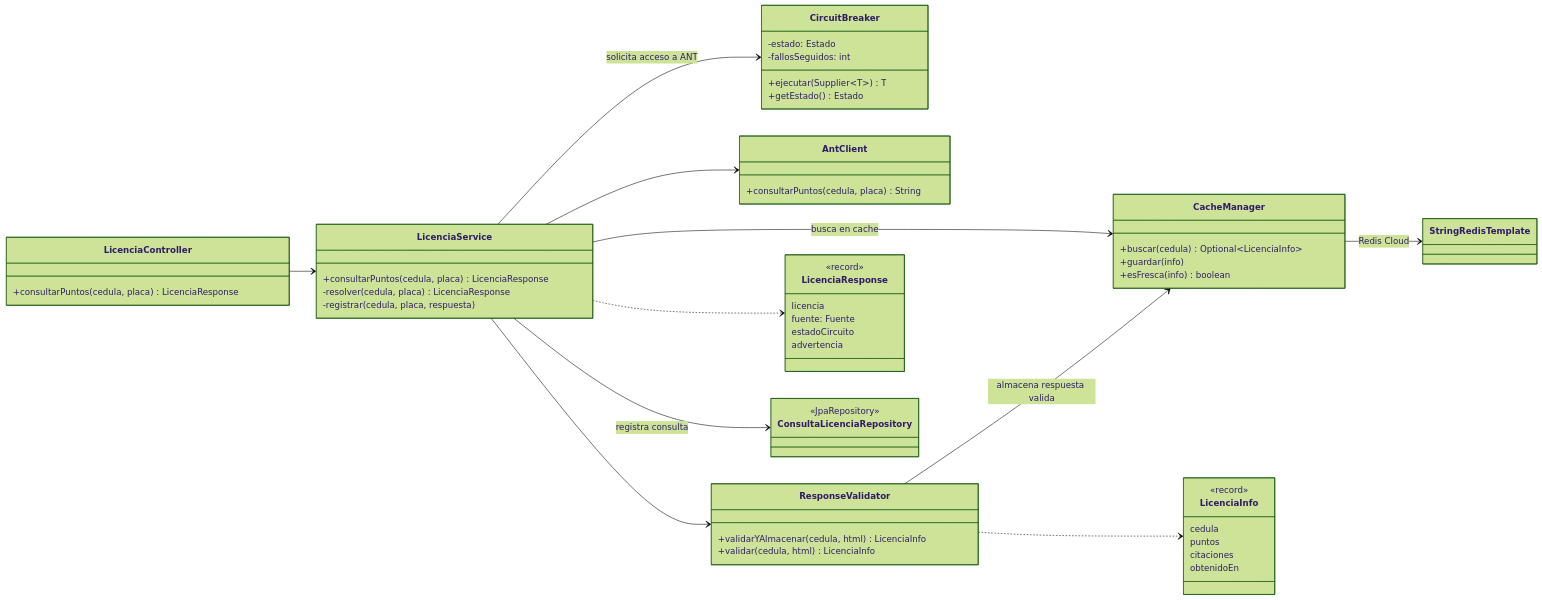
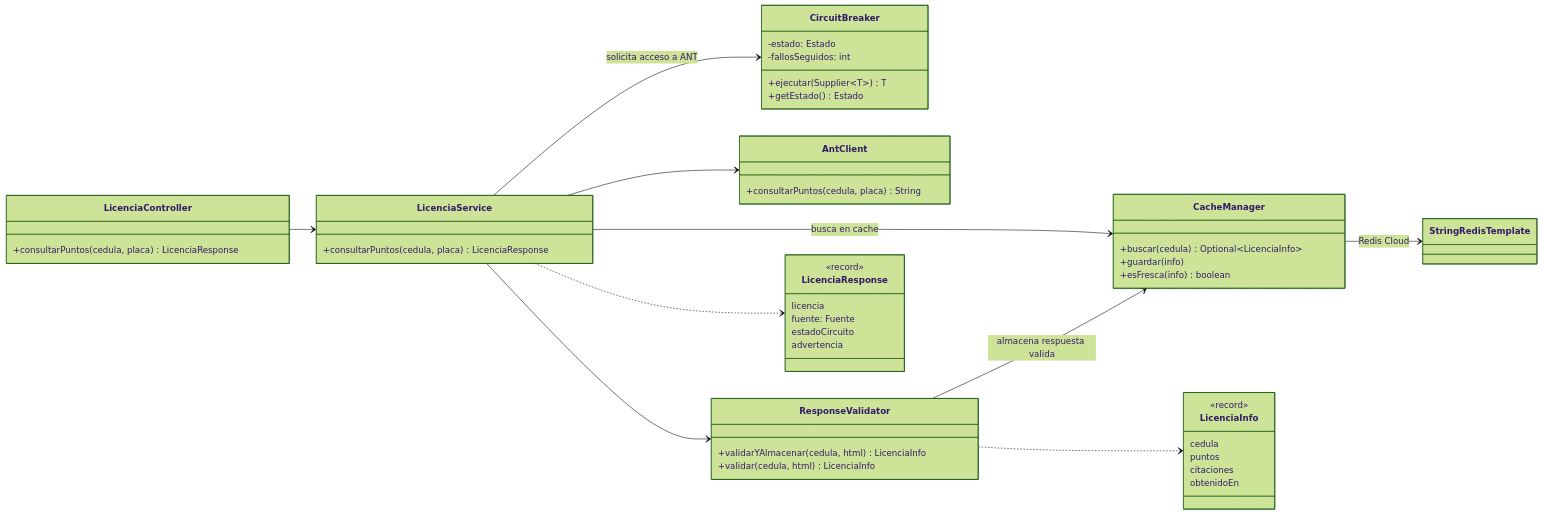
Before and after one commit to Ijloy/ArquitecturaC4: the diagram in docs/C4-Nivel4-Codigo.md, drawn with Mermaid (forest theme). The commit also changed other lines of this file and 20 other files, not shown here.

````diff
--- a/docs/C4-Nivel4-Codigo.md
+++ b/docs/C4-Nivel4-Codigo.md
@@ -22,58 +21,52 @@
 ```mermaid
 classDiagram
     direction LR
     class LicenciaController {
         +consultarPuntos(cedula, placa) LicenciaResponse
     }
     class LicenciaService {
         +consultarPuntos(cedula, placa) LicenciaResponse
-        -resolver(cedula, placa) LicenciaResponse
-        -registrar(cedula, placa, respuesta)
     }
     class CacheManager {
         +buscar(cedula) Optional~LicenciaInfo~
         +guardar(info)
         +esFresca(info) boolean
     }
     class CircuitBreaker {
         -estado: Estado
         -fallosSeguidos: int
         +ejecutar(Supplier~T~) T
         +getEstado() Estado
     }
     class AntClient {
         +consultarPuntos(cedula, placa) String
     }
     class ResponseValidator {
         +validarYAlmacenar(cedula, html) LicenciaInfo
         +validar(cedula, html) LicenciaInfo
     }
     class LicenciaInfo {
         <<record>>
         cedula
         puntos
         citaciones
         obtenidoEn
     }
     class LicenciaResponse {
         <<record>>
         licencia
         fuente: Fuente
         estadoCircuito
         advertencia
     }
-    class ConsultaLicenciaRepository {
-        <<JpaRepository>>
-    }
     class StringRedisTemplate
     LicenciaController --> LicenciaService
     LicenciaService --> CacheManager : busca en cache
     LicenciaService --> CircuitBreaker : solicita acceso a ANT
     LicenciaService --> AntClient
     LicenciaService --> ResponseValidator
-    LicenciaService --> ConsultaLicenciaRepository : registra consulta
     ResponseValidator --> CacheManager : almacena respuesta valida
     CacheManager --> StringRedisTemplate : Redis Cloud
     LicenciaService ..> LicenciaResponse
     ResponseValidator ..> LicenciaInfo
 ```
````
